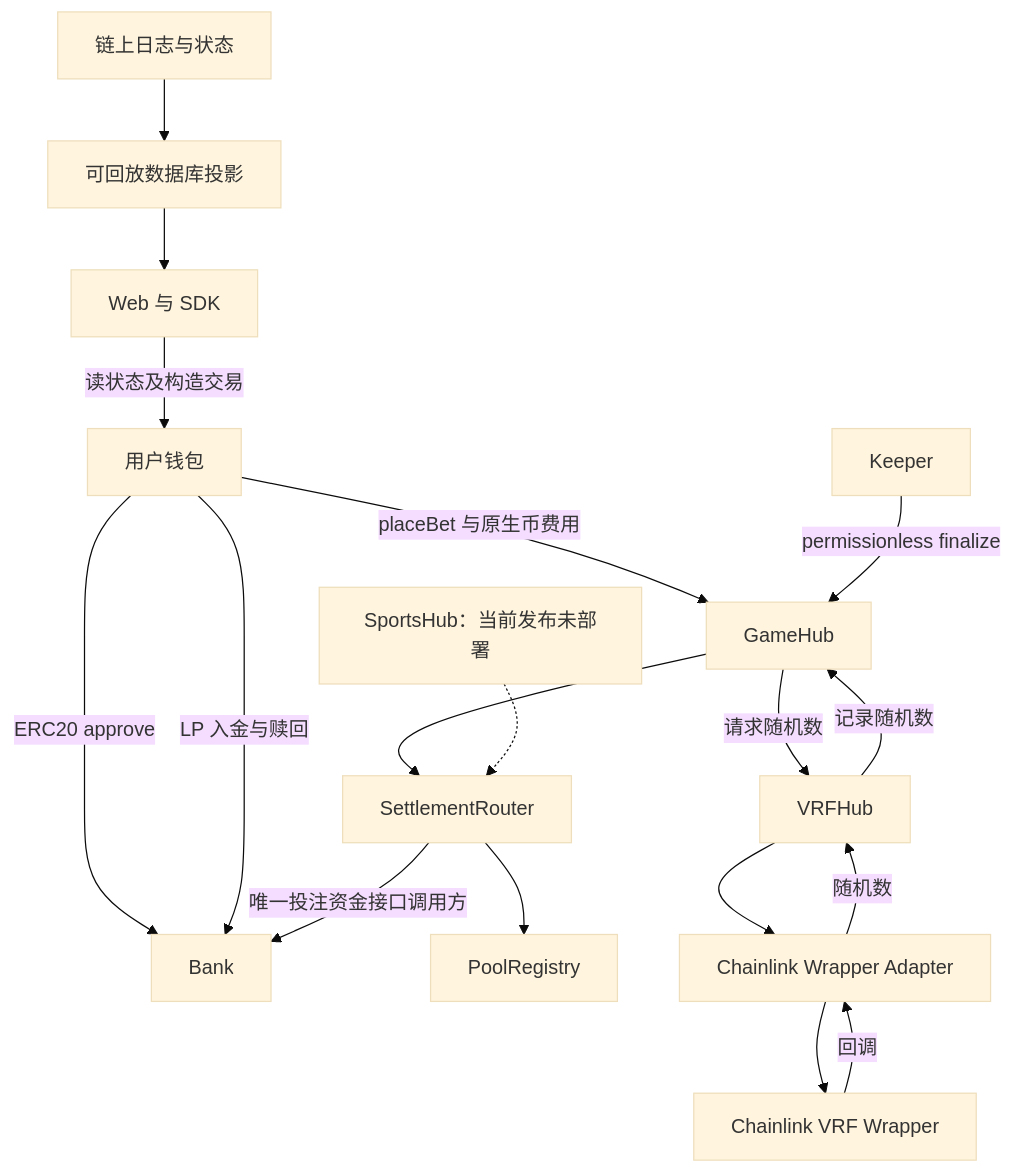
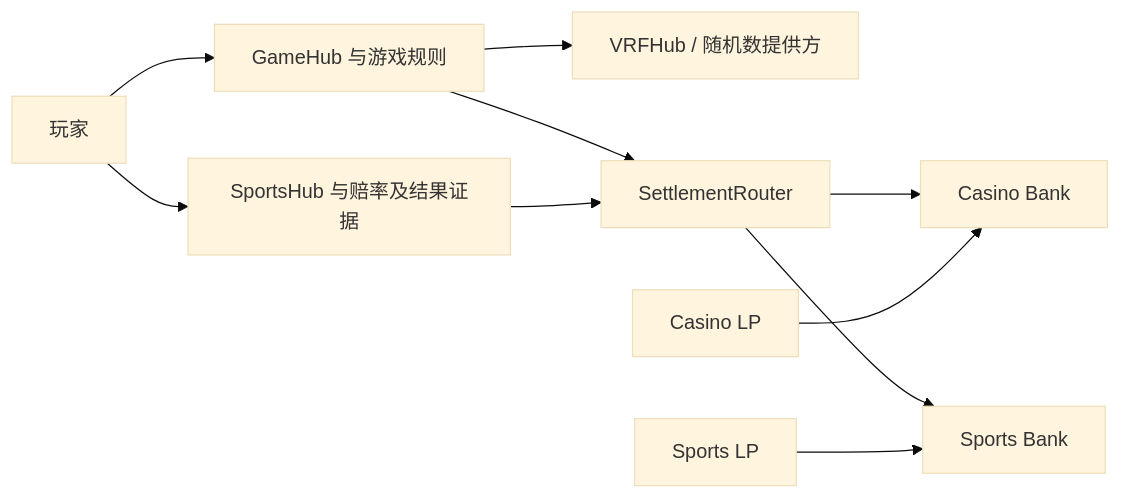
Before and after one commit to arbigamefi/ssot_BBOG: the diagram in docs/WHITEPAPER.zh-CN.md, drawn with Mermaid (base theme). The commit also changed other lines of this file and 10 other files, not shown here.

````diff
--- a/docs/WHITEPAPER.zh-CN.md
+++ b/docs/WHITEPAPER.zh-CN.md
@@ -27,20 +41,12 @@
 ```mermaid
-flowchart TD
-  Wallet[用户钱包] -->|ERC20 approve| Bank
-  Wallet -->|placeBet 与原生币费用| GameHub
-  Wallet -->|LP 入金与赎回| Bank
-  Web[Web 与 SDK] -->|读状态及构造交易| Wallet
-  GameHub --> SettlementRouter
-  SportsHub[SportsHub：当前发布未部署] -.-> SettlementRouter
-  SettlementRouter --> PoolRegistry
-  SettlementRouter -->|唯一投注资金接口调用方| Bank
-  GameHub -->|请求随机数| VRFHub
-  VRFHub --> Adapter[Chainlink Wrapper Adapter]
-  Adapter --> Wrapper[Chainlink VRF Wrapper]
-  Wrapper -->|回调| Adapter
-  Adapter -->|随机数| VRFHub
-  VRFHub -->|记录随机数| GameHub
-  Keeper[Keeper] -->|permissionless finalize| GameHub
-  Chain[链上日志与状态] --> Index[可回放数据库投影]
-  Index --> Web
+flowchart LR
+  Player[玩家] --> Game[GameHub 与游戏规则]
+  Player --> Sports[SportsHub 与赔率及结果证据]
+  Game --> VRF[VRFHub / 随机数提供方]
+  Game --> Router[SettlementRouter]
+  Sports --> Router
+  Router --> CasinoBank[Casino Bank]
+  Router --> SportsBank[Sports Bank]
+  CasinoLP[Casino LP] --> CasinoBank
+  SportsLP[Sports LP] --> SportsBank
 ```
````
